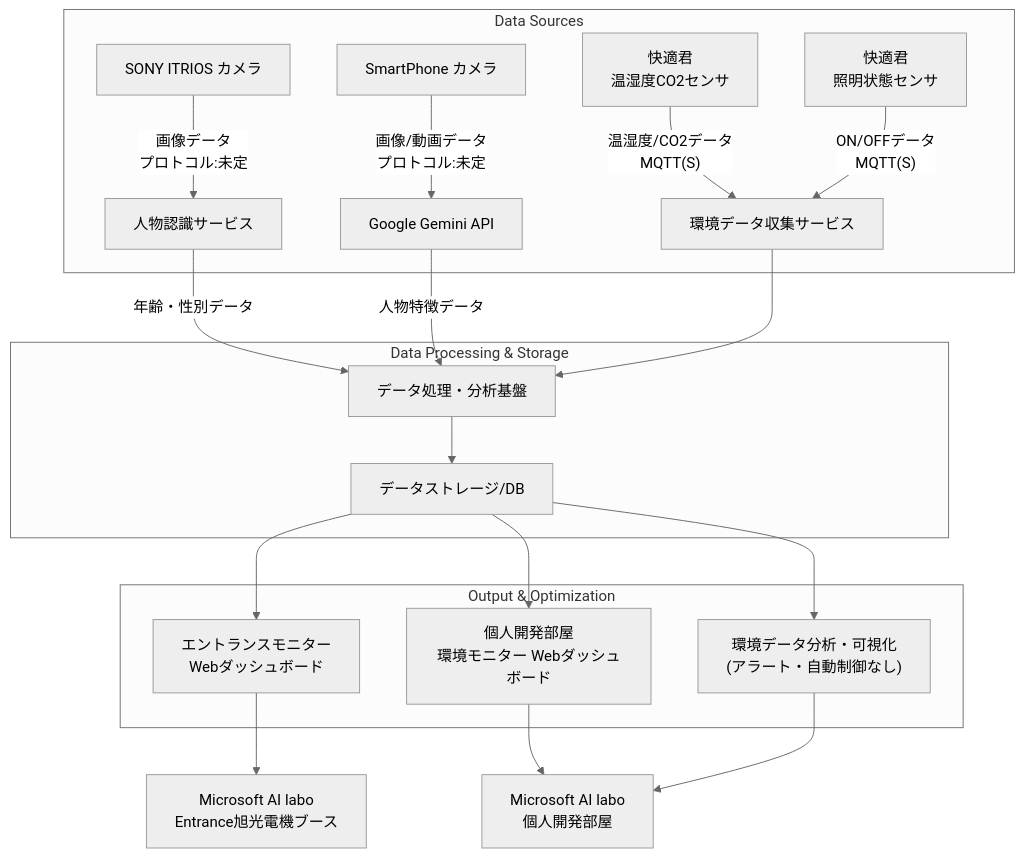
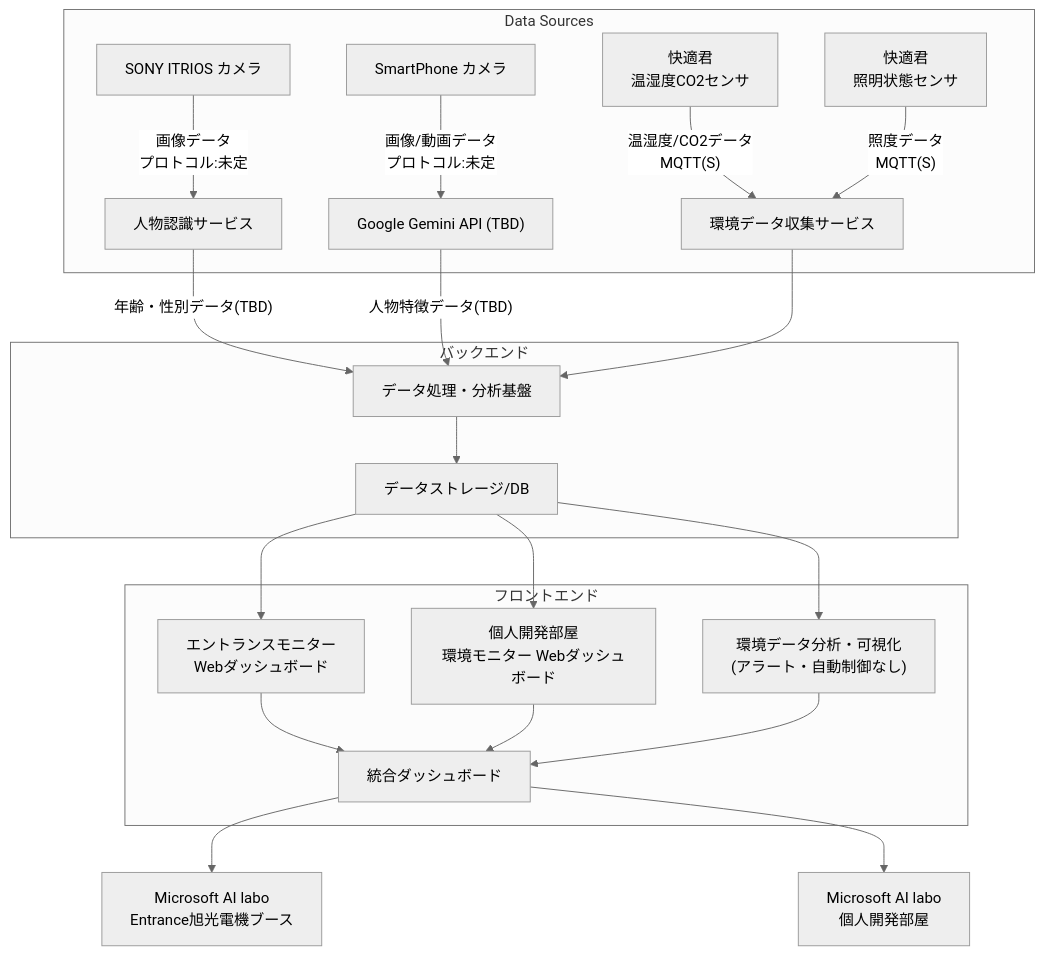
Before and after one commit to NakamuraKotaro918/microsoft-ai-labo-smart-space: the diagram in 開発仕様書.md, drawn with Mermaid (neutral theme). The commit also changed other lines of this file and 1 other file, not shown here.

````diff
--- a/開発仕様書.md
+++ b/開発仕様書.md
@@ -81,26 +82,28 @@
 ```mermaid
 graph TD
     subgraph DS[Data Sources]
         A["SONY ITRIOS カメラ"] -->|"画像データ<br/>プロトコル:未定"| B["人物認識サービス"]
-        A1["SmartPhone カメラ"] -->|"画像/動画データ<br/>プロトコル:未定"| B1["Google Gemini API"]
+        A1["SmartPhone カメラ"] -->|"画像/動画データ<br/>プロトコル:未定"| B1["Google Gemini API (TBD)"]
         C["快適君<br/>温湿度CO2センサ"] -->|"温湿度/CO2データ<br/>MQTT(S)"| D["環境データ収集サービス"]
-        E["快適君<br/>照明状態センサ"] -->|"ON/OFFデータ<br/>MQTT(S)"| D
+        E["快適君<br/>照明状態センサ"] -->|"照度データ<br/>MQTT(S)"| D
     end
 
-    subgraph DP[Data Processing & Storage]
-        B -->|"年齢・性別データ"| F["データ処理・分析基盤"]
-        B1 -->|"人物特徴データ"| F
+    subgraph DP[バックエンド]
+        B -->|"年齢・性別データ(TBD)"| F["データ処理・分析基盤"]
+        B1 -->|"人物特徴データ(TBD)"| F
         D --> F
         F --> G["データストレージ/DB"]
     end
 
-    subgraph OUT[Output & Optimization]
+    subgraph OUT[フロントエンド]
         G --> H["エントランスモニター<br/>Webダッシュボード"]
         G --> I["個人開発部屋<br/>環境モニター Webダッシュボード"]
         G --> J["環境データ分析・可視化<br/>(アラート・自動制御なし)"]
+        H --> M["統合ダッシュボード"]
+        I --> M["統合ダッシュボード"]
+        J --> M["統合ダッシュボード"]
     end
 
-    H --> K["Microsoft AI labo<br/>Entrance旭光電機ブース"]
-    I --> L["Microsoft AI labo<br/>個人開発部屋"]
-    J --> L
+    M --> K["Microsoft AI labo<br/>Entrance旭光電機ブース"]
+    M --> L["Microsoft AI labo<br/>個人開発部屋"]
 ```
````
